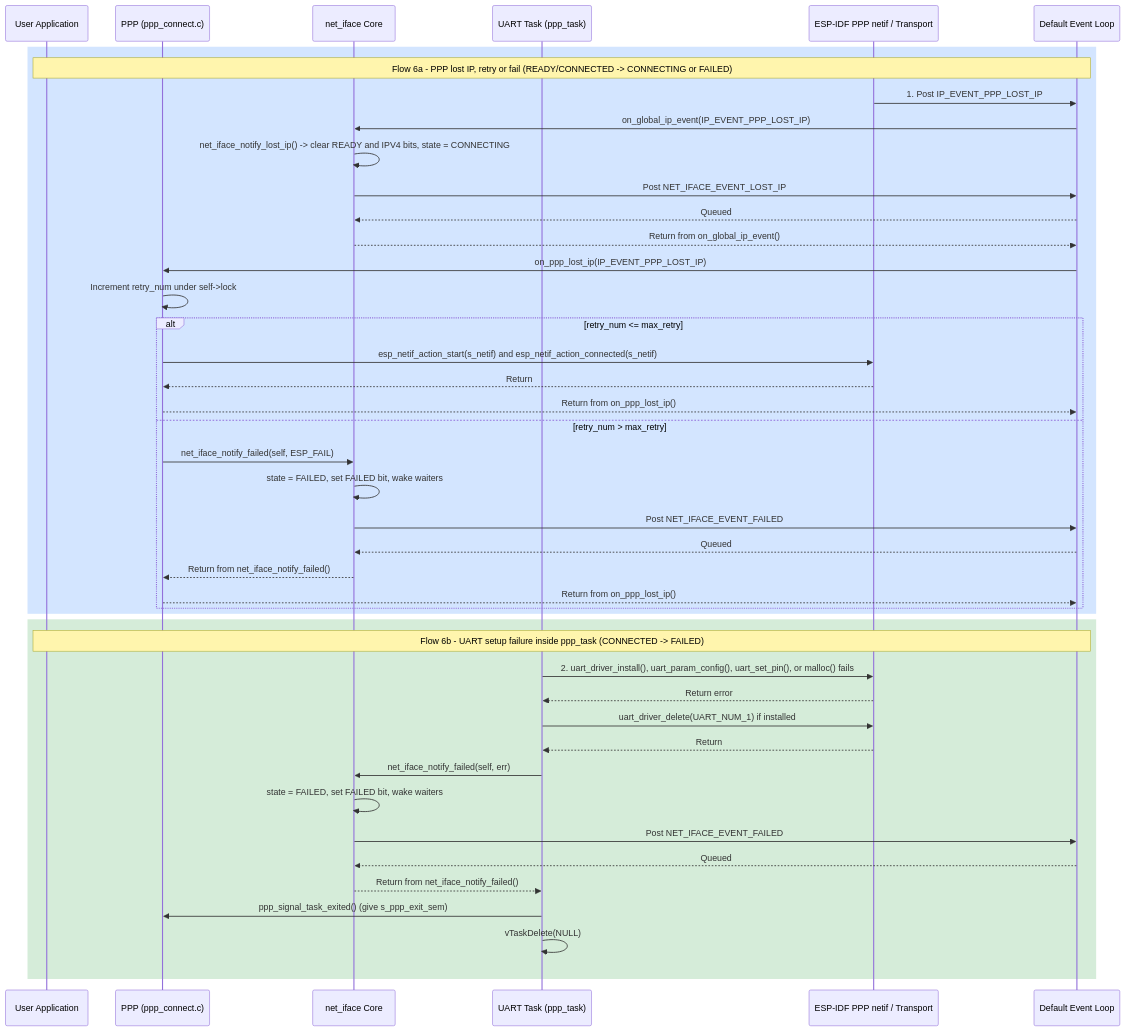
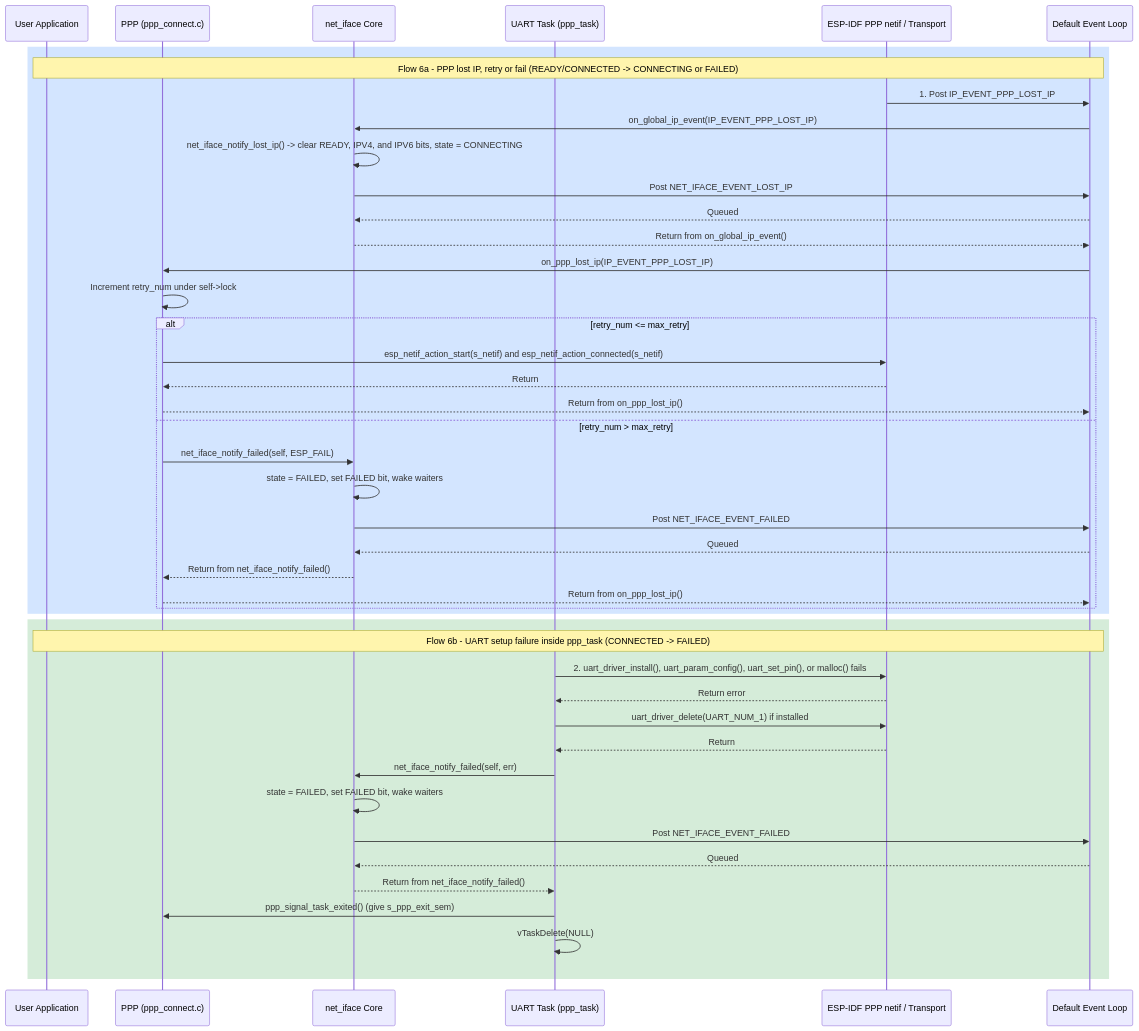
Before and after one commit to espressif/esp-protocols: the third of 3 diagrams in components/net_connect/docs/CORE_LIFECYCLE_PPP.md, drawn with Mermaid. The commit also changed other lines of this file and 13 other files, not shown here.

````diff
--- a/components/net_connect/docs/CORE_LIFECYCLE_PPP.md
+++ b/components/net_connect/docs/CORE_LIFECYCLE_PPP.md
@@ -223,48 +223,48 @@
 ```mermaid
 sequenceDiagram
     participant App as User Application
     participant PPP as PPP (ppp_connect.c)
     participant Core as net_iface Core
     participant Worker as UART Task (ppp_task)
     participant IDF as ESP-IDF PPP netif / Transport
     participant EventLoop as Default Event Loop
 
     rect rgba(56,139,253,0.22)
     Note over App,EventLoop: Flow 6a - PPP lost IP, retry or fail (READY/CONNECTED -> CONNECTING or FAILED)
     IDF->>EventLoop: 1. Post IP_EVENT_PPP_LOST_IP
     EventLoop->>Core: on_global_ip_event(IP_EVENT_PPP_LOST_IP)
-    Core->>Core: net_iface_notify_lost_ip() -> clear READY and IPV4 bits, state = CONNECTING
+    Core->>Core: net_iface_notify_lost_ip() -> clear READY, IPV4, and IPV6 bits, state = CONNECTING
     Core->>EventLoop: Post NET_IFACE_EVENT_LOST_IP
     EventLoop-->>Core: Queued
     Core-->>EventLoop: Return from on_global_ip_event()
     EventLoop->>PPP: on_ppp_lost_ip(IP_EVENT_PPP_LOST_IP)
     PPP->>PPP: Increment retry_num under self->lock
     alt retry_num <= max_retry
         PPP->>IDF: esp_netif_action_start(s_netif) and esp_netif_action_connected(s_netif)
         IDF-->>PPP: Return
         PPP-->>EventLoop: Return from on_ppp_lost_ip()
     else retry_num > max_retry
         PPP->>Core: net_iface_notify_failed(self, ESP_FAIL)
         Core->>Core: state = FAILED, set FAILED bit, wake waiters
         Core->>EventLoop: Post NET_IFACE_EVENT_FAILED
         EventLoop-->>Core: Queued
         Core-->>PPP: Return from net_iface_notify_failed()
         PPP-->>EventLoop: Return from on_ppp_lost_ip()
     end
     end
 
     rect rgba(46,160,67,0.20)
     Note over App,EventLoop: Flow 6b - UART setup failure inside ppp_task (CONNECTED -> FAILED)
     Worker->>IDF: 2. uart_driver_install(), uart_param_config(), uart_set_pin(), or malloc() fails
     IDF-->>Worker: Return error
     Worker->>IDF: uart_driver_delete(UART_NUM_1) if installed
     IDF-->>Worker: Return
     Worker->>Core: net_iface_notify_failed(self, err)
     Core->>Core: state = FAILED, set FAILED bit, wake waiters
     Core->>EventLoop: Post NET_IFACE_EVENT_FAILED
     EventLoop-->>Core: Queued
     Core-->>Worker: Return from net_iface_notify_failed()
     Worker->>PPP: ppp_signal_task_exited() (give s_ppp_exit_sem)
     Worker->>Worker: vTaskDelete(NULL)
     end
 ```
````
